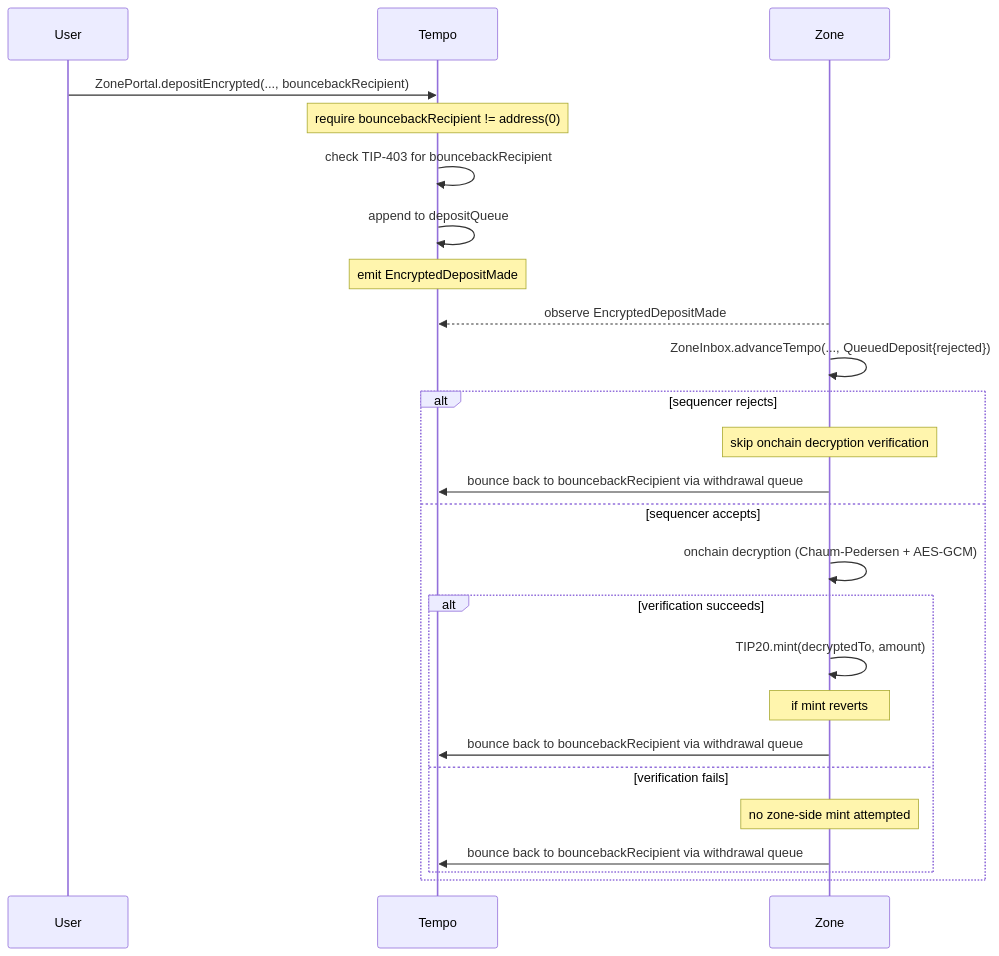
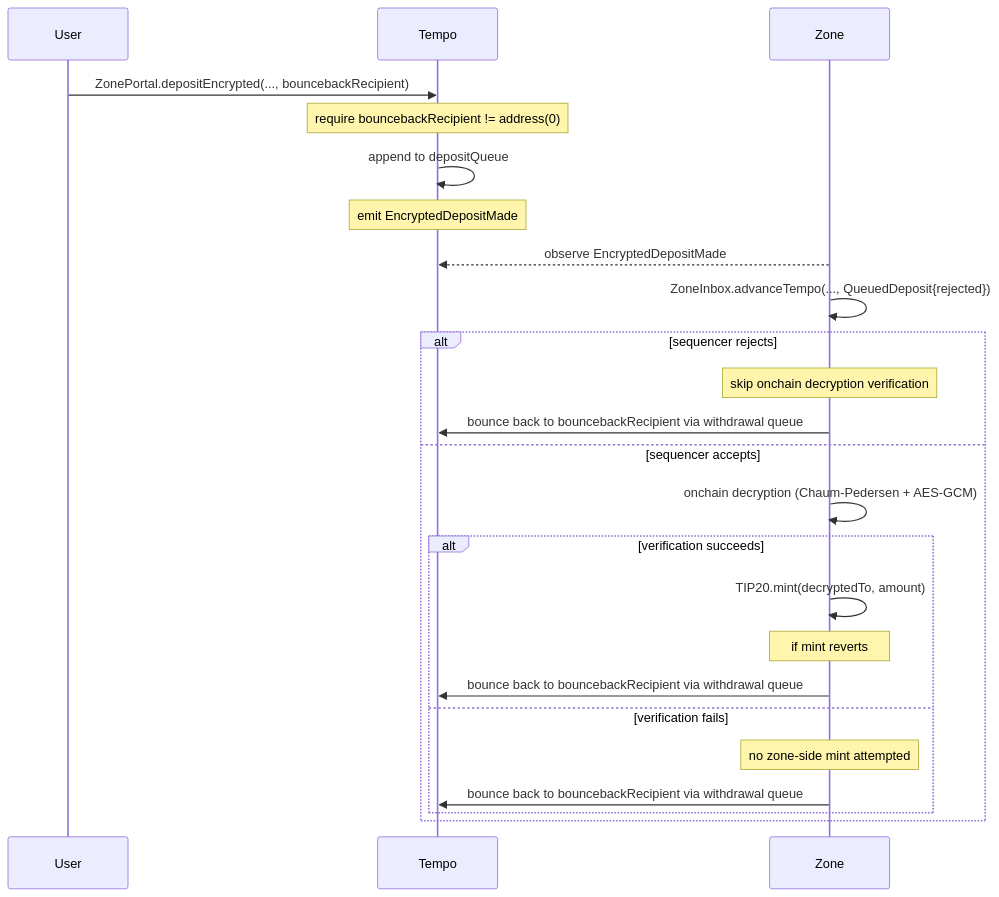
The third of 6 diagrams in specs/spec.md (tempoxyz/zones), drawn with Mermaid before and after one commit. The commit also changed other lines of this file, not shown here.

First line of the commit message:
spec: refund registry replaces TIP-1052 transfer/mint exemption

````diff
--- a/specs/spec.md
+++ b/specs/spec.md
@@ -383,28 +392,27 @@
 ```mermaid
 sequenceDiagram
     participant U as User
     participant T as Tempo
     participant Z as Zone
 
     U->>T: ZonePortal.depositEncrypted(..., bouncebackRecipient)
     Note over T: require bouncebackRecipient != address(0)
-    T->>T: check TIP-403 for bouncebackRecipient
     T->>T: append to depositQueue
     Note over T: emit EncryptedDepositMade
     Z-->>T: observe EncryptedDepositMade
     Z->>Z: ZoneInbox.advanceTempo(..., QueuedDeposit{rejected})
     alt sequencer rejects
         Note over Z: skip onchain decryption verification
         Z->>T: bounce back to bouncebackRecipient via withdrawal queue
     else sequencer accepts
         Z->>Z: onchain decryption (Chaum-Pedersen + AES-GCM)
         alt verification succeeds
             Z->>Z: TIP20.mint(decryptedTo, amount)
             Note over Z: if mint reverts
             Z->>T: bounce back to bouncebackRecipient via withdrawal queue
         else verification fails
             Note over Z: no zone-side mint attempted
             Z->>T: bounce back to bouncebackRecipient via withdrawal queue
         end
     end
 ```
````
